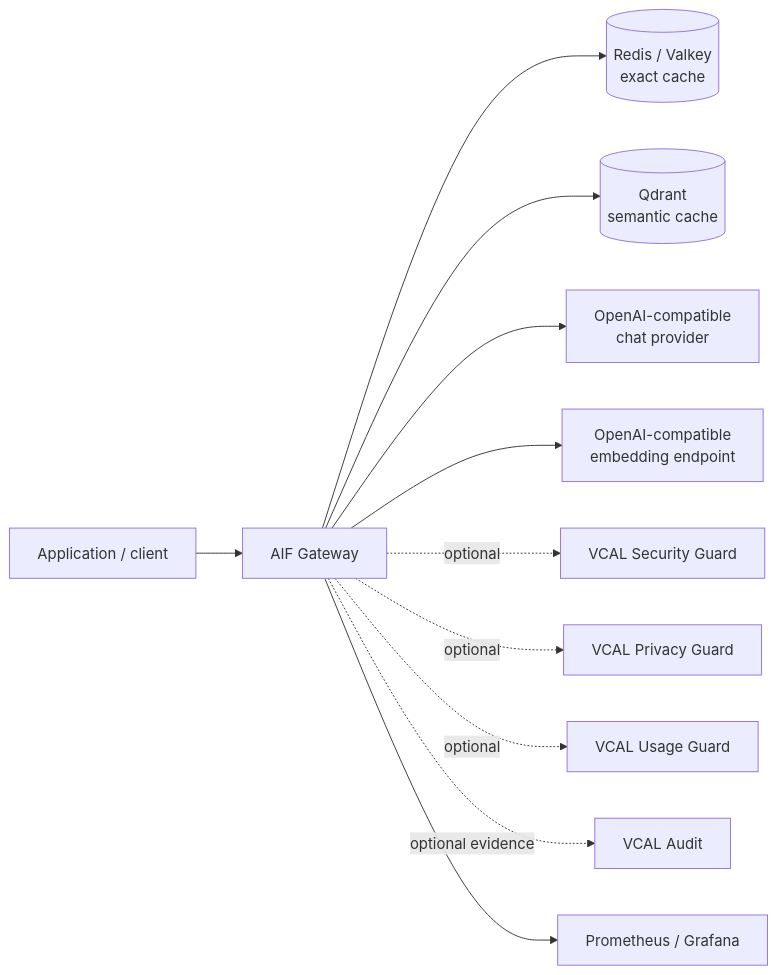
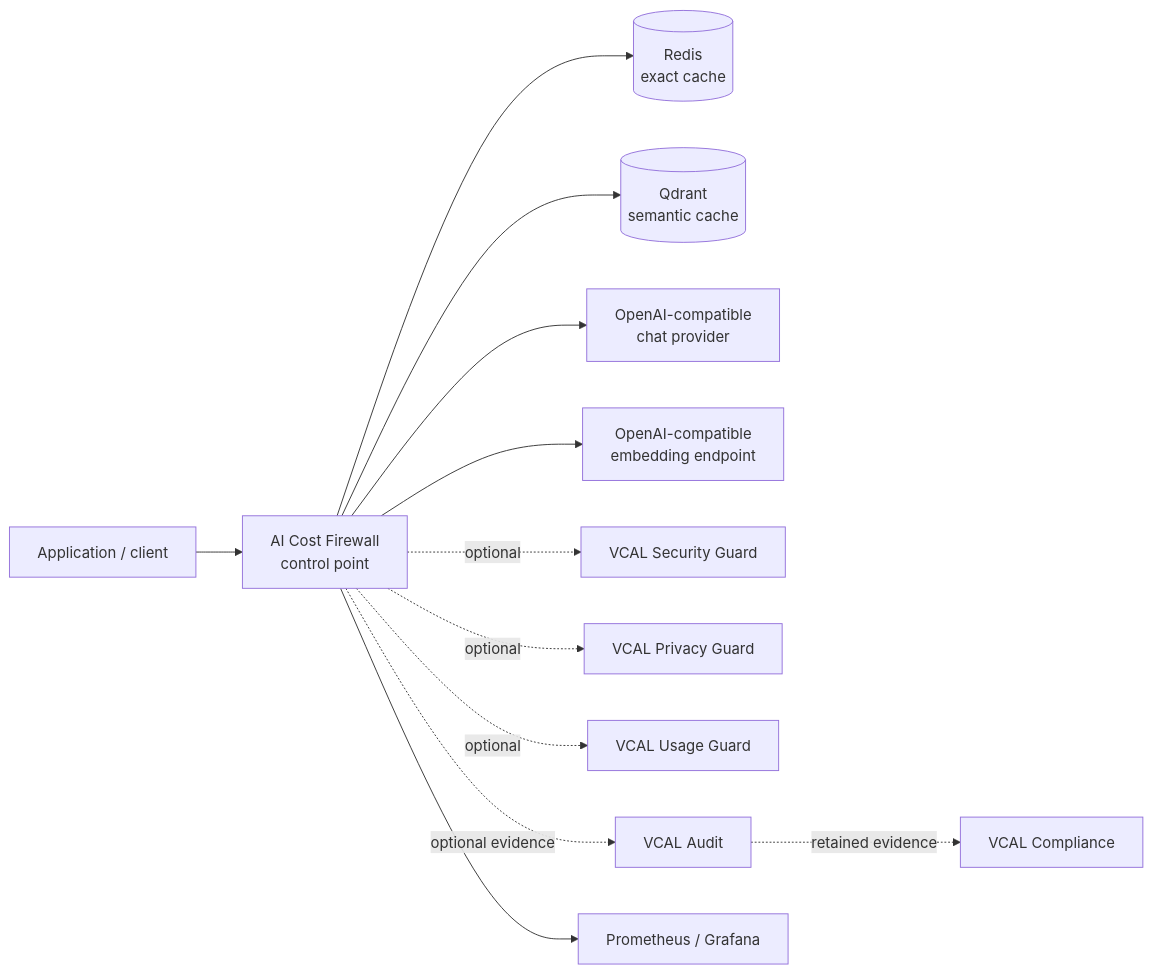
One commit to vcal-project/ai-firewall changed the diagram in docs/architecture.md. Above: the diagram before and after it, drawn with Mermaid. The commit also changed other lines of this file and 2 other files, not shown here.

Commit message:
docs: align architecture and onboarding with AIF website

````diff
--- a/docs/architecture.md
+++ b/docs/architecture.md
@@ -9,13 +11,14 @@
 ```mermaid
 flowchart LR
-    C[Application / client] --> A[AIF Gateway]
-    A --> E[(Redis / Valkey<br/>exact cache)]
+    C[Application / client] --> A[AI Cost Firewall<br/>control point]
+    A --> E[(Redis<br/>exact cache)]
     A --> V[(Qdrant<br/>semantic cache)]
     A --> M[OpenAI-compatible<br/>chat provider]
     A --> X[OpenAI-compatible<br/>embedding endpoint]
     A -. optional .-> S[VCAL Security Guard]
     A -. optional .-> P[VCAL Privacy Guard]
     A -. optional .-> U[VCAL Usage Guard]
     A -. optional evidence .-> T[VCAL Audit]
+    T -. retained evidence .-> G[VCAL Compliance]
     A --> O[Prometheus / Grafana]
 ```
````
